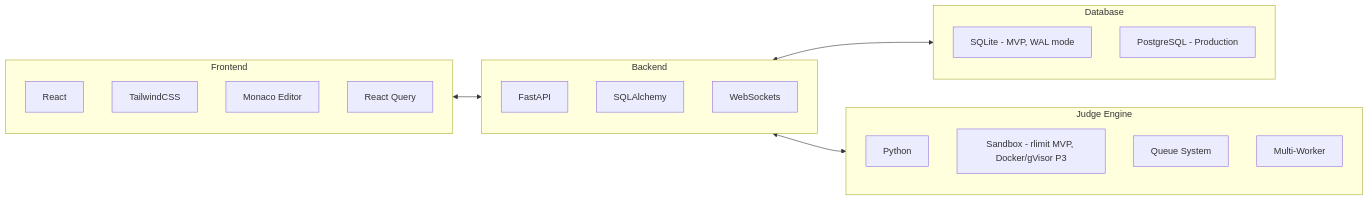
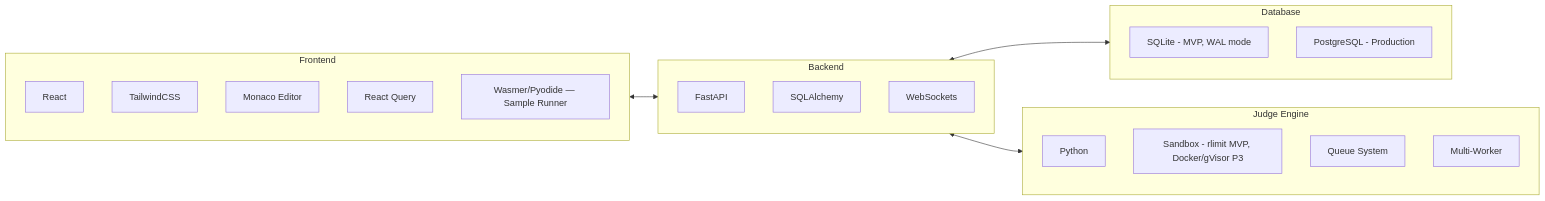
The seventh of 8 diagrams in README.md (mrinmoyChakraborty-mrinox/ByteArena), drawn with Mermaid before and after one commit. The commit also changed other lines of this file and 39 other files, not shown here.

````diff
--- a/README.md
+++ b/README.md
@@ -178,31 +179,32 @@
 ```mermaid
 flowchart LR
     subgraph Frontend["Frontend"]
         RE[React]
         TW[TailwindCSS]
         ME[Monaco Editor]
         RQ[React Query]
+        SR[Wasmer/Pyodide — Sample Runner]
     end
 
     subgraph Backend["Backend"]
         FA[FastAPI]
         SA[SQLAlchemy]
         WS[WebSockets]
     end
 
     subgraph Database["Database"]
         SL[SQLite - MVP, WAL mode]
         PG[PostgreSQL - Production]
     end
 
     subgraph Judge["Judge Engine"]
         PY[Python]
         SB[Sandbox - rlimit MVP, Docker/gVisor P3]
         QS[Queue System]
         MW[Multi-Worker]
     end
 
     Frontend <--> Backend
     Backend <--> Database
     Backend <--> Judge
 ```
````
